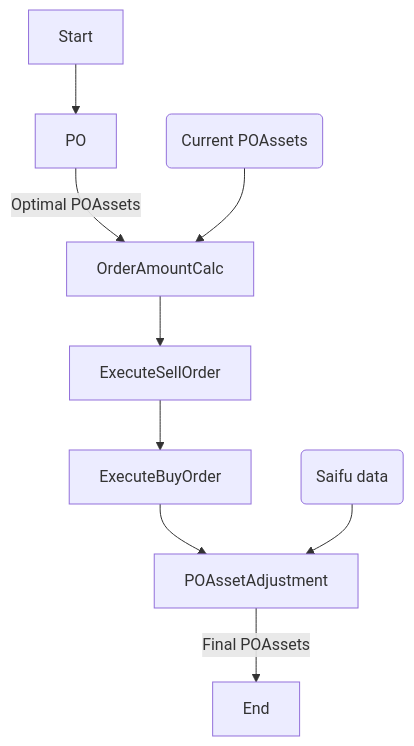
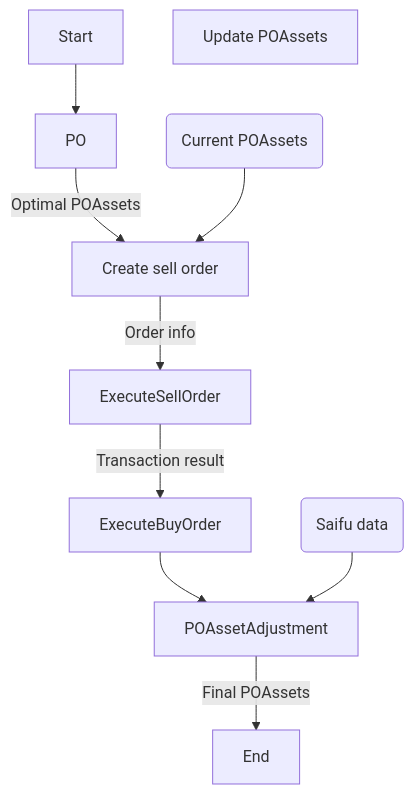
Before and after one commit to eryeden/eryeden.github.io: the diagram in docs/Pishon4/po_design/new_order_publish.md, drawn with Mermaid. The commit also changed other lines of this file, not shown here.

````diff
--- a/docs/Pishon4/po_design/new_order_publish.md
+++ b/docs/Pishon4/po_design/new_order_publish.md
@@ -23,12 +28,15 @@
 ```mermaid
 flowchart TD
     Start --> PO
-    PO --> |Optimal POAssets| OrderAmountCalc
-    OrderAmountCalc --> ExecuteSellOrder
-    ExecuteSellOrder --> ExecuteBuyOrder
+    PO --> |Optimal POAssets| CS[Create sell order]
+    A(Current POAssets) --> CS
+    CS --> |Order info|ExecuteSellOrder
+
+    ExecuteSellOrder --> |Transaction result| ExecuteBuyOrder
+    UO[Update POAssets]
     ExecuteBuyOrder --> POAssetAdjustment
     POAssetAdjustment --> |Final POAssets|End
 
-    A(Current POAssets) --> OrderAmountCalc
+    
     B(Saifu data) --> POAssetAdjustment
 ``` 
````
